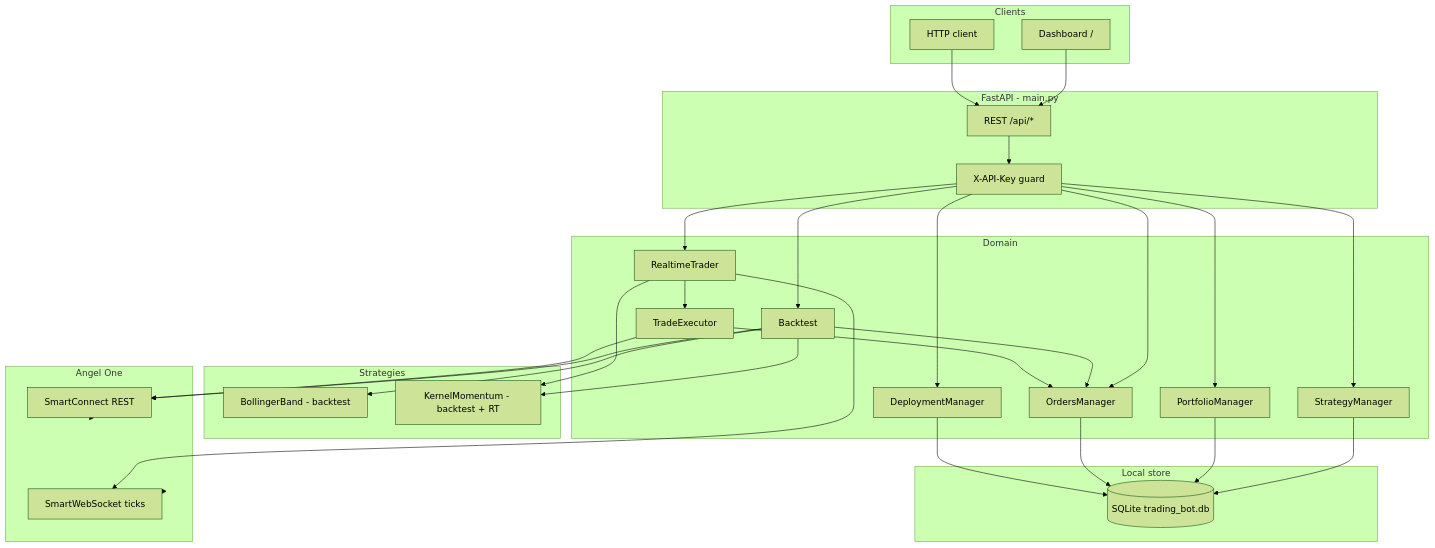
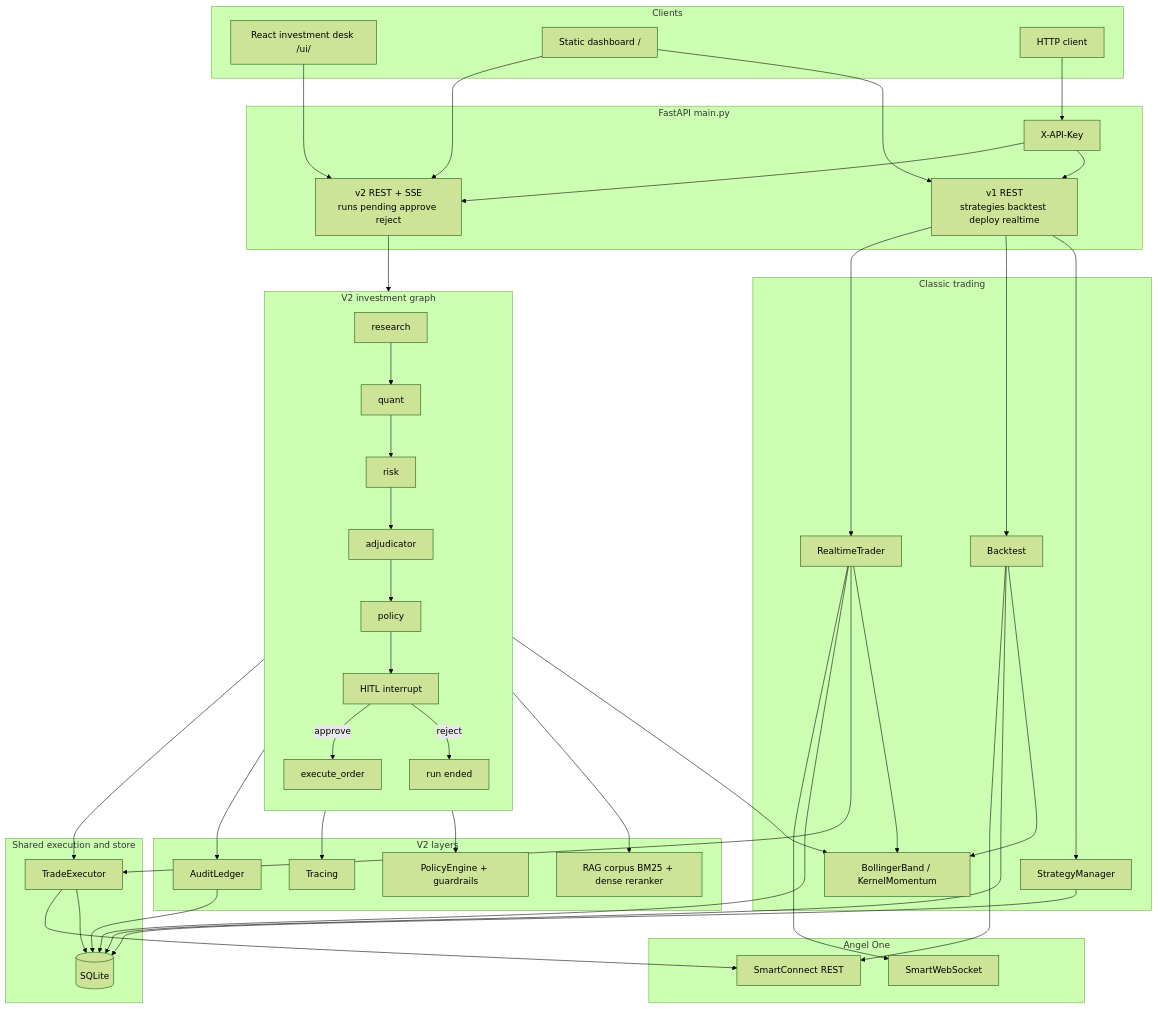
One commit to kanchana123/trading_bot changed the first of 6 diagrams in README.md. Above: the diagram before and after it, drawn with Mermaid (forest theme). The commit also changed other lines of this file and 49 other files, not shown here.

````diff
--- a/README.md
+++ b/README.md
@@ -28,61 +29,80 @@
 ```mermaid
 flowchart TB
   subgraph clients [Clients]
-    Dash[Dashboard /]
-    HttpClient[HTTP client]
+    Desk["React investment desk /ui/"]
+    Dash["Static dashboard /"]
+    Cli[HTTP client]
   end
 
-  subgraph api [FastAPI - main.py]
-    Routes[REST /api/*]
-    Auth[X-API-Key guard]
+  subgraph fastapi [FastAPI main.py]
+    Auth[X-API-Key]
+    V1["v1 REST<br/>strategies backtest deploy realtime"]
+    V2["v2 REST + SSE<br/>runs pending approve reject"]
   end
 
-  subgraph domain [Domain]
+  subgraph v2stack [V2 investment graph]
+    direction TB
+    Research[research]
+    Quant[quant]
+    Risk[risk]
+    Adj[adjudicator]
+    PolicyN[policy]
+    HITL[HITL interrupt]
+    ExecN[execute_order]
+    Research --> Quant --> Risk --> Adj --> PolicyN --> HITL
+    HITL -->|approve| ExecN
+    HITL -->|reject| Stop[run ended]
+  end
+
+  subgraph v2support [V2 layers]
+    RAG["RAG corpus BM25 + dense reranker"]
+    GOV["PolicyEngine + guardrails"]
+    Trace[Tracing]
+    Audit[AuditLedger]
+  end
+
+  subgraph classic [Classic trading]
     SM[StrategyManager]
-    PM[PortfolioManager]
-    OM[OrdersManager]
-    DM[DeploymentManager]
     BT[Backtest]
     RT[RealtimeTrader]
-    EX[TradeExecutor]
+    ST["BollingerBand / KernelMomentum"]
   end
 
-  subgraph strategies [Strategies]
-    BB[BollingerBand - backtest]
-    KM[KernelMomentum - backtest + RT]
+  subgraph shared [Shared execution and store]
+    EX[TradeExecutor]
+    DB[(SQLite)]
   end
 
-  subgraph persistence [Local store]
-    DB[(SQLite trading_bot.db)]
+  subgraph angel [Angel One]
+    REST[SmartConnect REST]
+    WS[SmartWebSocket]
   end
 
-  subgraph broker [Angel One]
-    HTTP[SmartConnect REST]
-    WS[SmartWebSocket ticks]
-  end
-
-  Dash --> Routes
-  HttpClient --> Routes
-  Routes --> Auth
-  Auth --> SM
-  Auth --> PM
-  Auth --> OM
-  Auth --> DM
-  Auth --> BT
-  Auth --> RT
+  Desk --> V2
+  Dash --> V1
+  Dash --> V2
+  Cli --> Auth
+  Auth --> V1
+  Auth --> V2
+  V2 --> Research
+  Research --> RAG
+  Quant --> ST
+  PolicyN --> GOV
+  Research --> Trace
+  ExecN --> Audit
+  ExecN --> EX
+  V1 --> SM
+  V1 --> BT
+  V1 --> RT
+  BT --> ST
+  RT --> ST
+  RT --> EX
   SM --> DB
-  PM --> DB
-  OM --> DB
-  DM --> DB
-  BT --> BB
-  BT --> KM
-  BT --> HTTP
-  BT --> OM
-  RT --> KM
+  BT --> DB
+  RT --> DB
+  EX --> DB
+  Audit --> DB
+  BT --> REST
+  EX --> REST
   RT --> WS
-  RT --> EX
-  EX --> OM
-  EX --> HTTP
-  HTTP --> broker
-  WS --> broker
 ```
````
